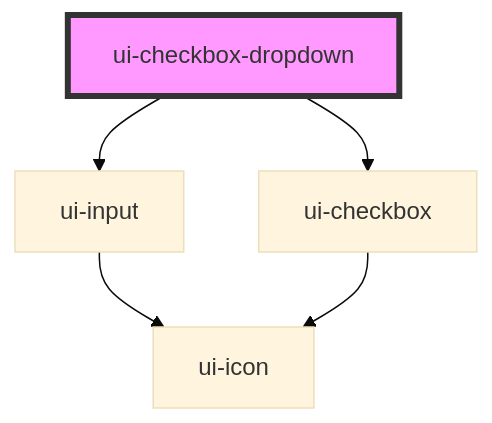
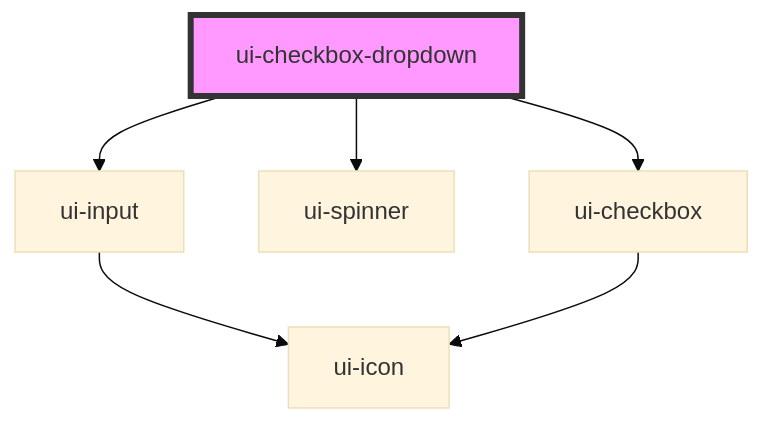
One commit to karan-technous/web-componenets-custome-lib changed the diagram in ui-platform/packages/web-components/src/components/ui-checkbox-dropdown/readme.md. Above: the diagram before and after it, drawn with Mermaid (base theme). The commit also changed other lines of this file and 6 other files, not shown here.

````diff
--- a/ui-platform/packages/web-components/src/components/ui-checkbox-dropdown/readme.md
+++ b/ui-platform/packages/web-components/src/components/ui-checkbox-dropdown/readme.md
@@ -41,8 +42,9 @@
 ```mermaid
 graph TD;
   ui-checkbox-dropdown --> ui-input
+  ui-checkbox-dropdown --> ui-spinner
   ui-checkbox-dropdown --> ui-checkbox
   ui-input --> ui-icon
   ui-checkbox --> ui-icon
   style ui-checkbox-dropdown fill:#f9f,stroke:#333,stroke-width:4px
 ```
````
